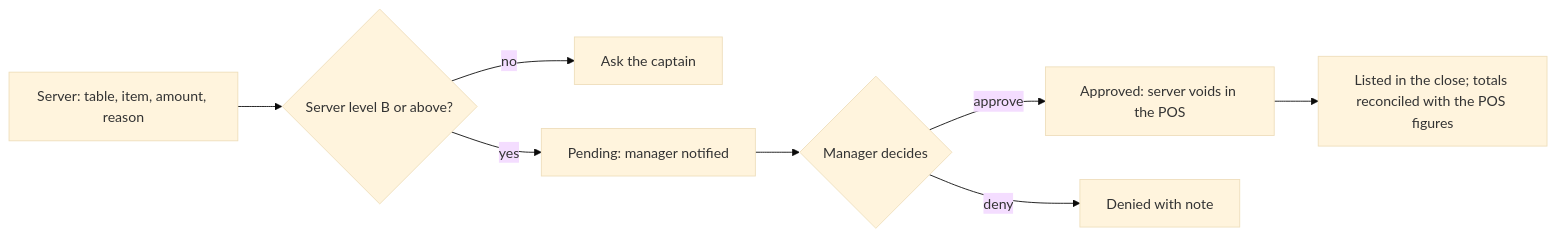
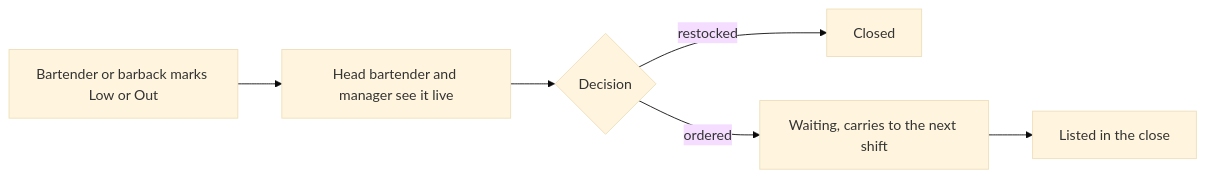
One commit to fclaiba/TheFirstHospitalityGroup changed the eighth of 12 diagrams in docs/BLUEPRINT.md. Above: the diagram before and after it, drawn with Mermaid (base theme). The commit also changed other lines of this file and 61 other files, not shown here.

````diff
--- a/docs/BLUEPRINT.md
+++ b/docs/BLUEPRINT.md
@@ -242,10 +419,8 @@
 ```mermaid
 flowchart LR
-  A[Server: table, item, amount, reason] --> B{Server level B or above?}
-  B -- no --> B1[Ask the captain]
-  B -- yes --> C[Pending: manager notified]
-  C --> D{Manager decides}
-  D -- approve --> E[Approved: server voids in the POS]
-  D -- deny --> F[Denied with note]
-  E --> G[Listed in the close; totals reconciled with the POS figures]
+  B[Bartender or barback marks Low or Out] --> L[Head bartender and manager see it live]
+  L --> R{Decision}
+  R -- restocked --> D[Closed]
+  R -- ordered --> W[Waiting, carries to the next shift]
+  W --> F[Listed in the close]
 ```
````
